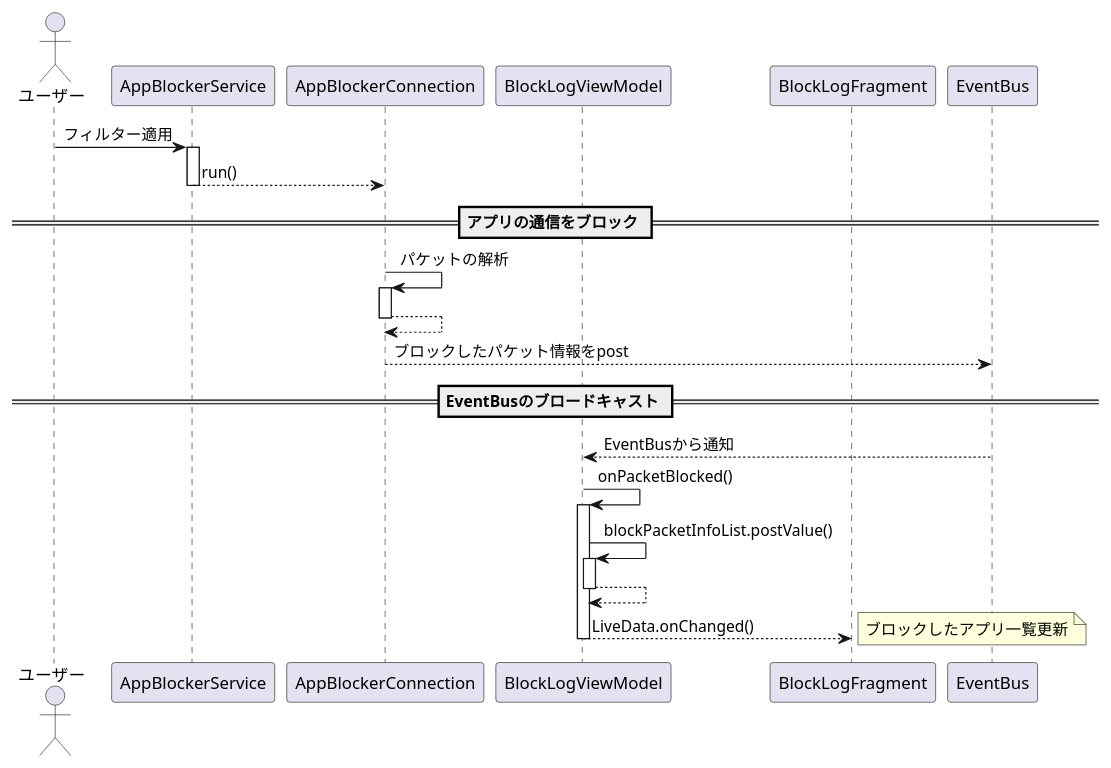
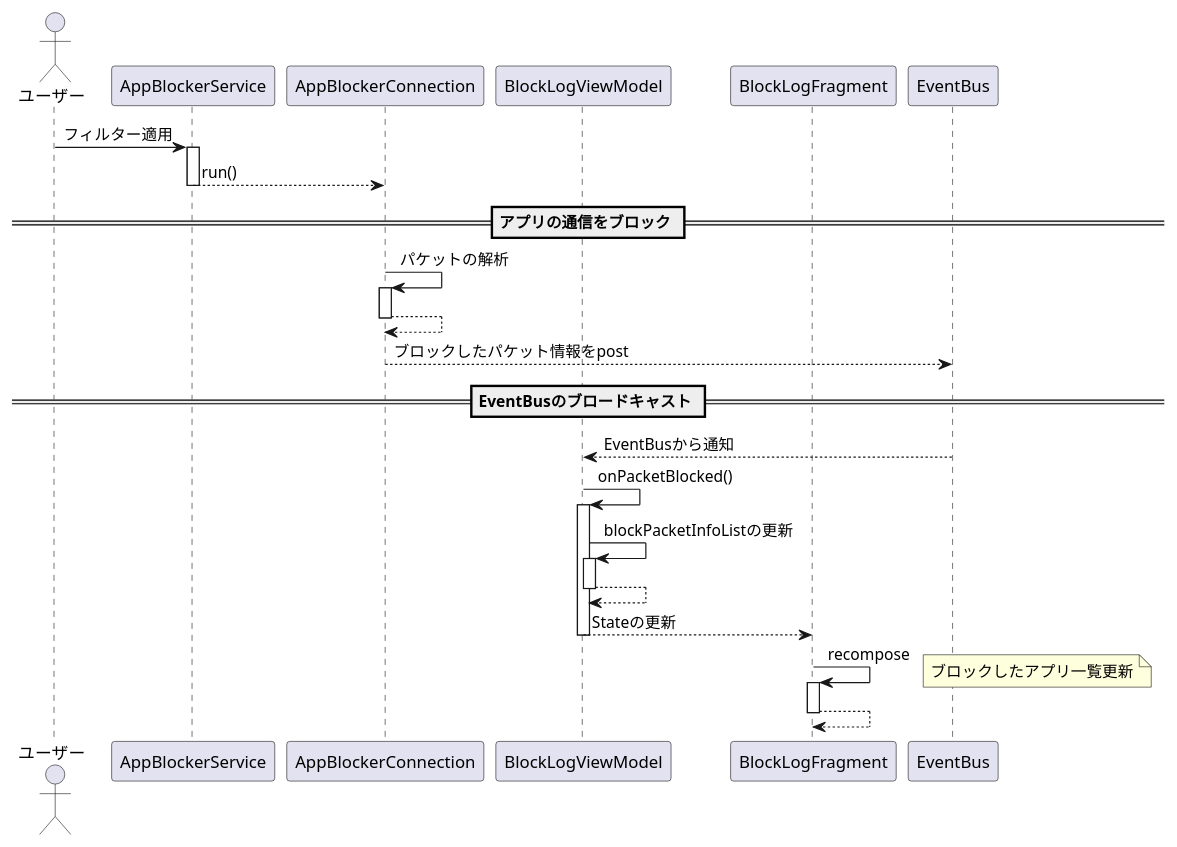
Before and after one commit to CASL0/simple_app_blocker: the second of 2 diagrams in docs/sequence.md, drawn with PlantUML. The commit also changed other lines of this file, not shown here.

Commit message:
シーケンス図を更新

````diff
--- a/docs/sequence.md
+++ b/docs/sequence.md
@@ -30,24 +43,26 @@
 ```plantuml
 @startuml
 autoactivate on
 actor ユーザー as user
 participant AppBlockerService
 participant AppBlockerConnection
 participant BlockLogViewModel
 participant BlockLogFragment
 participant EventBus
 user -> AppBlockerService : フィルター適用
 AppBlockerService --> AppBlockerConnection : run()
 == アプリの通信をブロック ==
 AppBlockerConnection -> AppBlockerConnection : パケットの解析
 return
 AppBlockerConnection --> EventBus : ブロックしたパケット情報をpost
 == EventBusのブロードキャスト ==
 EventBus --> BlockLogViewModel : EventBusから通知
 BlockLogViewModel -> BlockLogViewModel : onPacketBlocked()
-BlockLogViewModel -> BlockLogViewModel : blockPacketInfoList.postValue()
+BlockLogViewModel -> BlockLogViewModel : blockPacketInfoListの更新
 return
-BlockLogViewModel --> BlockLogFragment : LiveData.onChanged()
+BlockLogViewModel --> BlockLogFragment : Stateの更新
+BlockLogFragment -> BlockLogFragment : recompose
 note right : ブロックしたアプリ一覧更新
+return
 @enduml
 ```
````
